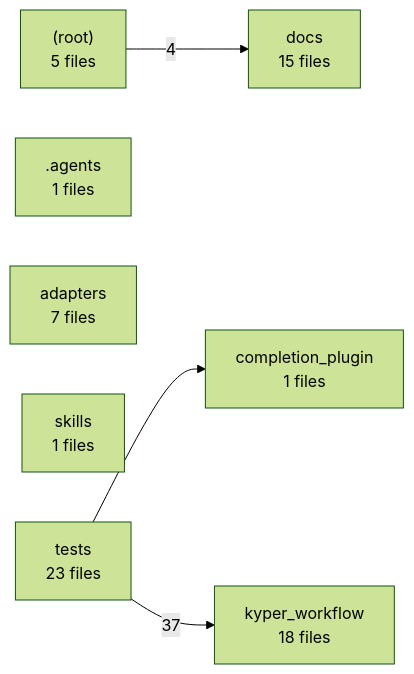
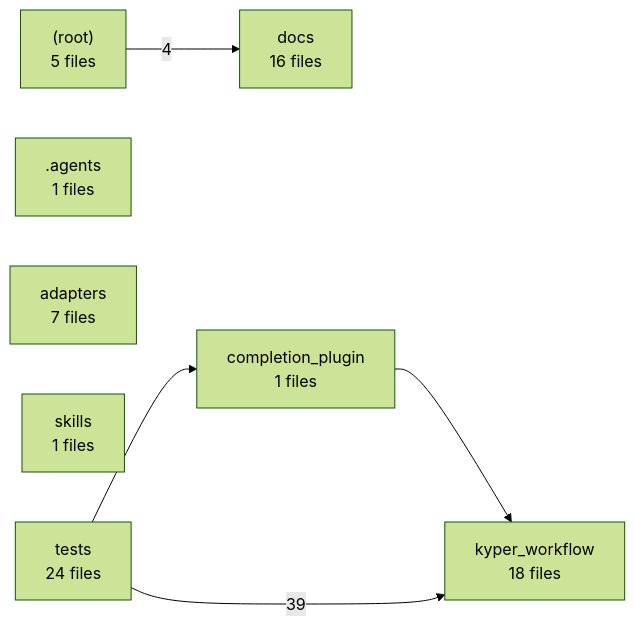
One commit to AbsoluteHLN/KyperWorkflow changed the second of 2 diagrams in docs/PROJECT-MAP.md. Above: the diagram before and after it, drawn with Mermaid (forest theme). The commit also changed other lines of this file and 16 other files, not shown here.

````diff
--- a/docs/PROJECT-MAP.md
+++ b/docs/PROJECT-MAP.md
@@ -211,14 +213,15 @@
 ```mermaid
 graph LR
   g__root_["(root)<br/>5 files"]
   g__agents[".agents<br/>1 files"]
   g_adapters["adapters<br/>7 files"]
   g_completion_plugin["completion_plugin<br/>1 files"]
-  g_docs["docs<br/>15 files"]
+  g_docs["docs<br/>16 files"]
   g_kyper_workflow["kyper_workflow<br/>18 files"]
   g_skills["skills<br/>1 files"]
-  g_tests["tests<br/>23 files"]
+  g_tests["tests<br/>24 files"]
   g__root_ -->|4| g_docs
+  g_completion_plugin --> g_kyper_workflow
   g_tests --> g_completion_plugin
-  g_tests -->|37| g_kyper_workflow
+  g_tests -->|39| g_kyper_workflow
 ```
````
